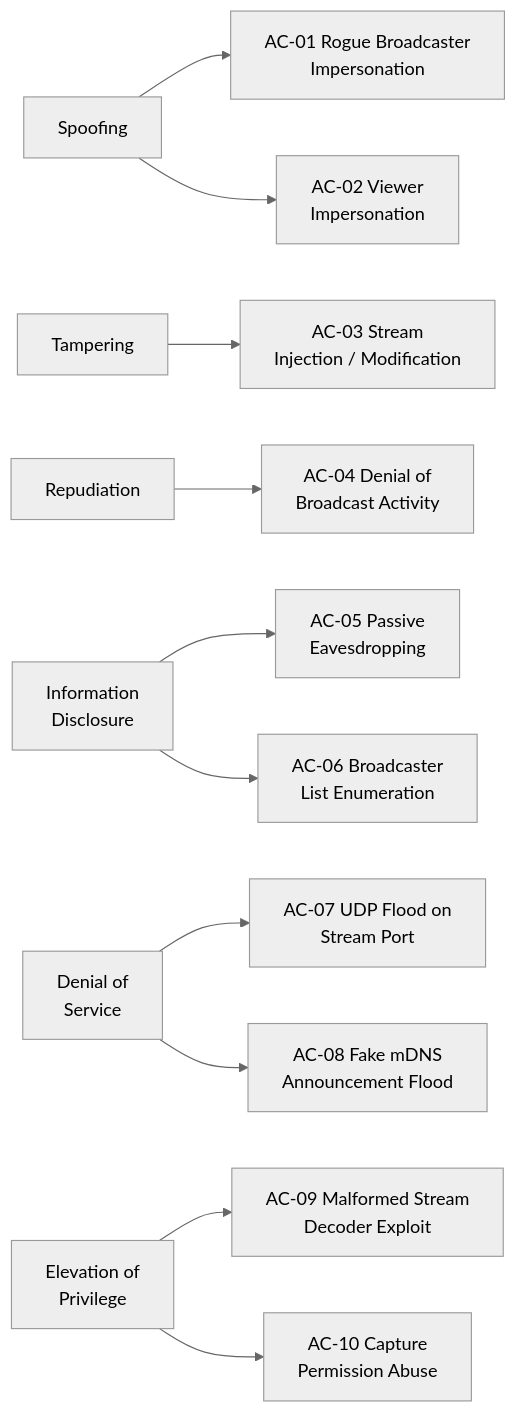
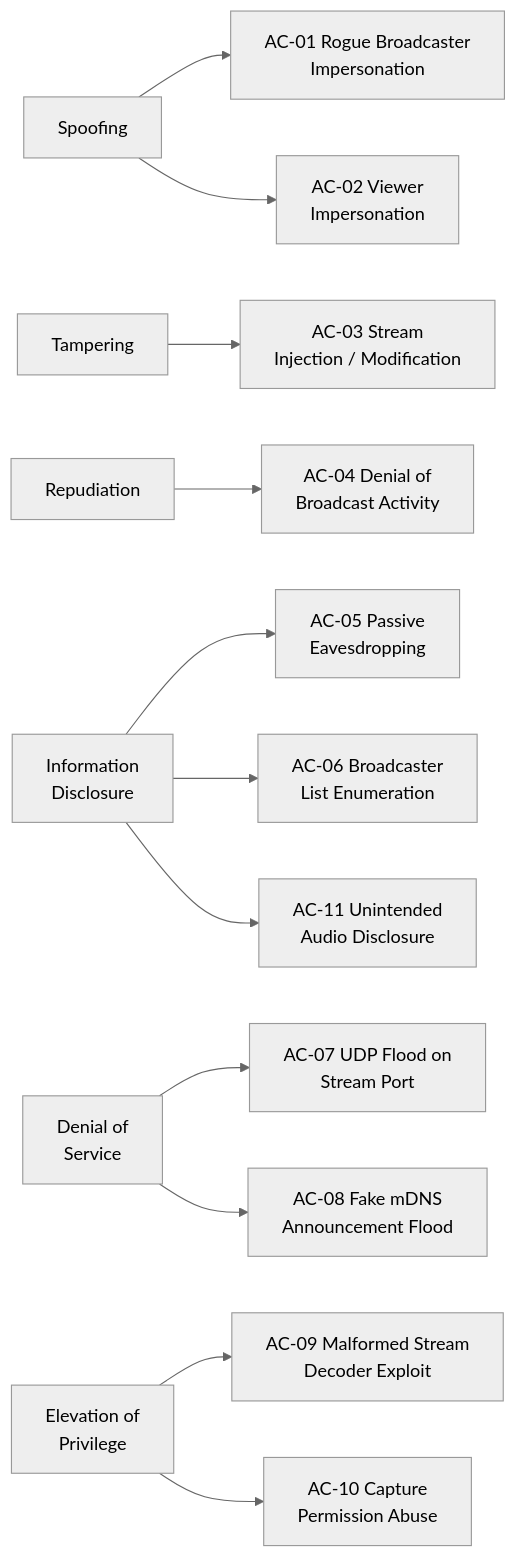
The first of 2 diagrams in docs/abuse-cases.md (gventino/peeroxide), drawn with Mermaid (neutral theme) before and after one commit. The commit also changed other lines of this file and 3 other files, not shown here.

````diff
--- a/docs/abuse-cases.md
+++ b/docs/abuse-cases.md
@@ -5,18 +5,19 @@
 ```mermaid
 flowchart LR
     S["Spoofing"] --> AC01["AC-01 Rogue Broadcaster<br/>Impersonation"]
     S --> AC02["AC-02 Viewer<br/>Impersonation"]
 
     T["Tampering"] --> AC03["AC-03 Stream<br/>Injection / Modification"]
 
     R["Repudiation"] --> AC04["AC-04 Denial of<br/>Broadcast Activity"]
 
     I["Information<br/>Disclosure"] --> AC05["AC-05 Passive<br/>Eavesdropping"]
     I --> AC06["AC-06 Broadcaster<br/>List Enumeration"]
+    I --> AC11["AC-11 Unintended<br/>Audio Disclosure"]
 
     D["Denial of<br/>Service"] --> AC07["AC-07 UDP Flood on<br/>Stream Port"]
     D --> AC08["AC-08 Fake mDNS<br/>Announcement Flood"]
 
     E["Elevation of<br/>Privilege"] --> AC09["AC-09 Malformed Stream<br/>Decoder Exploit"]
     E --> AC10["AC-10 Capture<br/>Permission Abuse"]
 ```
````
